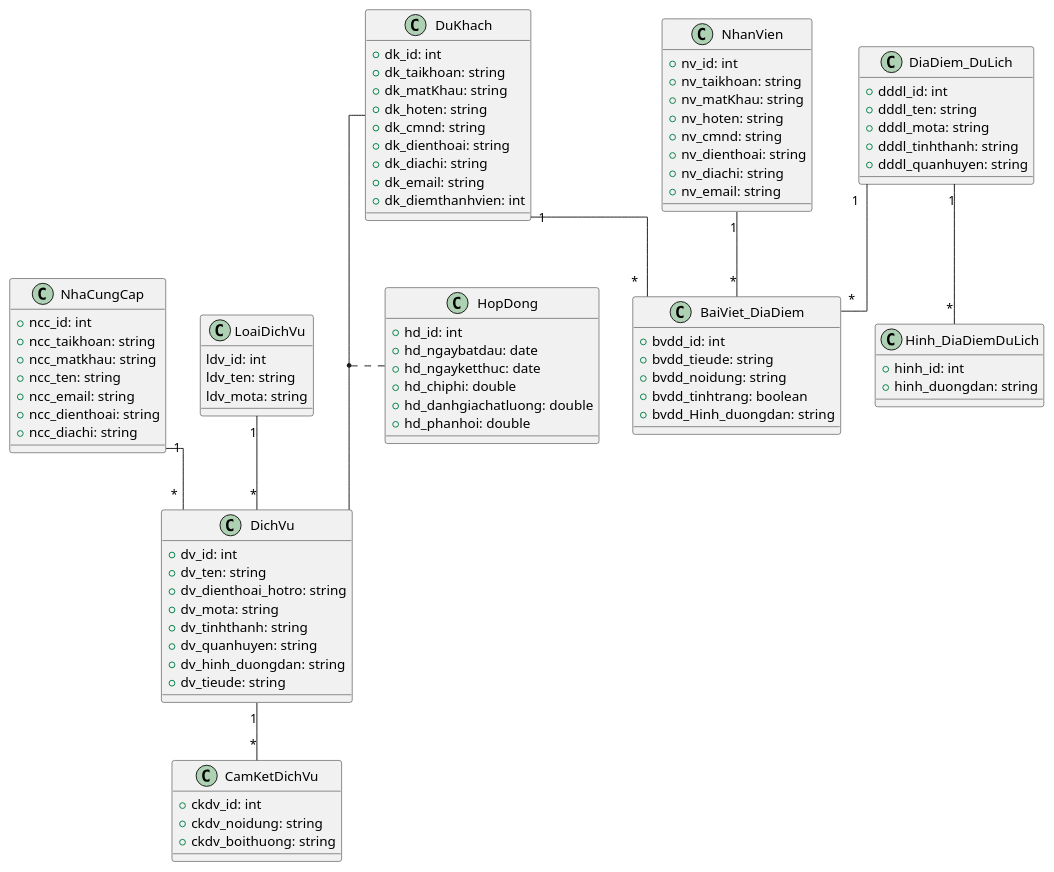
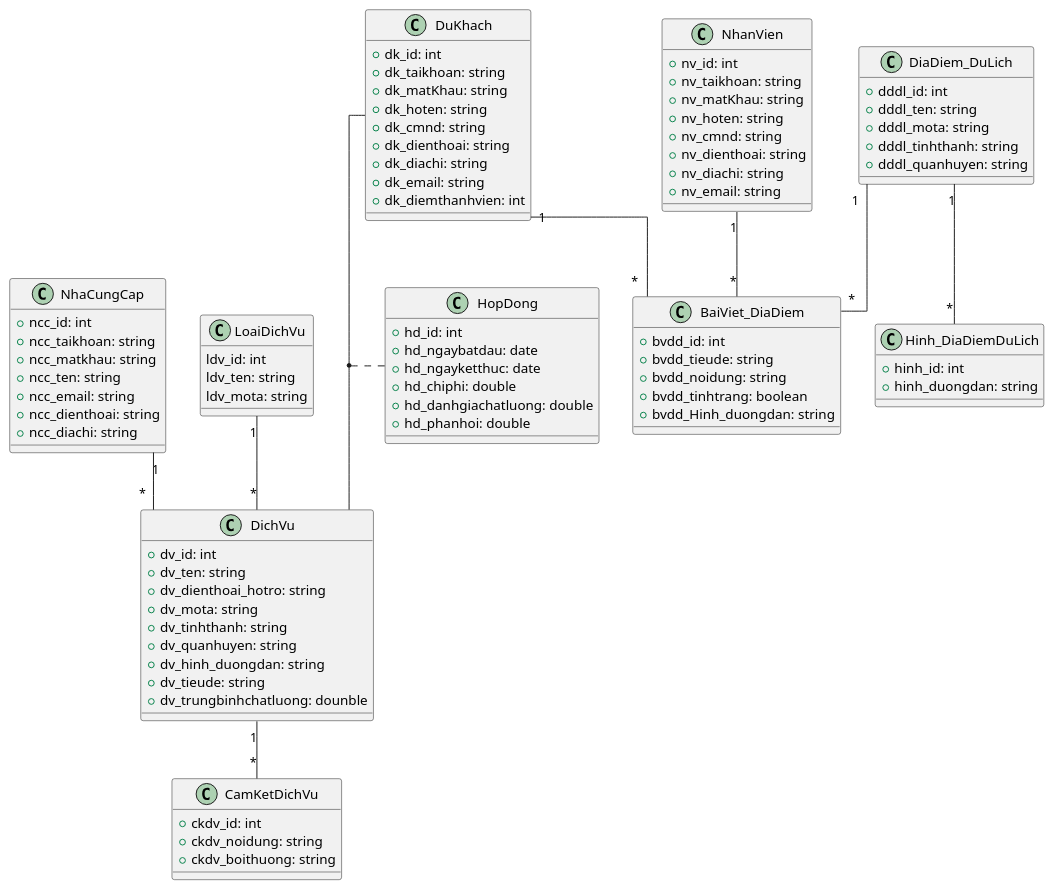
Before and after one commit to TranTan-Dat/LV_DuLichDienTu: the diagram in PlanUML/Class (1).puml, drawn with PlantUML. The commit also changed 41 other files, not shown here.

```diff
--- a/PlanUML/Class (1).puml
+++ b/PlanUML/Class (1).puml
@@ -1,110 +1,111 @@
 @startuml SoDoclass
  skinparam linetype ortho
 ' Dịch vụ du lịch ở đây bao gồm các khu vui chơi,
 ' ăn ngủ nghỉ, dịch vụ đi lại, các dịch vụ sẽ có loại DV
 'Dịch vụ sẽ gồm có:
 '1. Phương tiện để đi lại (gồm có phương tiện đi đến nơi du lịch và phương tiện đi lại ở điểm du lịch)
 '2. Tham quan 
 '3.ăn uống
 '4. chỗ ngủ
 
 
 
 class NhaCungCap{
   + ncc_id: int
   + ncc_taikhoan: string
   + ncc_matkhau: string
   + ncc_ten: string
   + ncc_email: string
   + ncc_dienthoai: string
   + ncc_diachi: string
 }
 
 class DiaDiem_DuLich{
   + dddl_id: int
   + dddl_ten: string
   + dddl_mota: string
   + dddl_tinhthanh: string
   + dddl_quanhuyen: string
 }
 
 
 class BaiViet_DiaDiem{
   + bvdd_id: int
   + bvdd_tieude: string
   + bvdd_noidung: string
   + bvdd_tinhtrang: boolean
   + bvdd_Hinh_duongdan: string
 }
 
 class DuKhach{
   + dk_id: int
   + dk_taikhoan: string
   + dk_matKhau: string
   + dk_hoten: string
   + dk_cmnd: string
   + dk_dienthoai: string
   + dk_diachi: string
   + dk_email: string 
   + dk_diemthanhvien: int
 }
 
 class LoaiDichVu{
   ldv_id: int
   ldv_ten: string
   ldv_mota: string
 }
 
 class DichVu{
   + dv_id: int
   + dv_ten: string
   + dv_dienthoai_hotro: string
   + dv_mota: string
   + dv_tinhthanh: string
   + dv_quanhuyen: string
   + dv_hinh_duongdan: string
   + dv_tieude: string
+  + dv_trungbinhchatluong: dounble
 }
 
 class CamKetDichVu{
   + ckdv_id: int
   + ckdv_noidung: string
   + ckdv_boithuong: string
 }
 
 class HopDong{
   + hd_id: int
   + hd_ngaybatdau: date
   + hd_ngayketthuc: date
   + hd_chiphi: double
   + hd_danhgiachatluong: double
   + hd_phanhoi: double
 }
 
 class NhanVien{
   + nv_id: int
   + nv_taikhoan: string
   + nv_matKhau: string
   + nv_hoten: string
   + nv_cmnd: string
   + nv_dienthoai: string
   + nv_diachi: string
   + nv_email: string 
 }
 
 class Hinh_DiaDiemDuLich{
   + hinh_id: int
   + hinh_duongdan: string
 }
 
 NhaCungCap "1" -- "*" DichVu
 LoaiDichVu "1" -- "*" DichVu
 DuKhach "1" -- "*" BaiViet_DiaDiem
 DiaDiem_DuLich "1" -- "*" BaiViet_DiaDiem
 NhanVien "1" -- "*" BaiViet_DiaDiem
 (DuKhach, DichVu) .. HopDong
 DiaDiem_DuLich "1" -- "*" Hinh_DiaDiemDuLich
 DichVu "1" -- "*" CamKetDichVu
 
 
 @enduml
```
